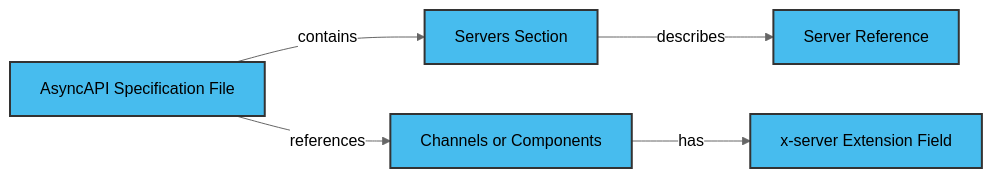
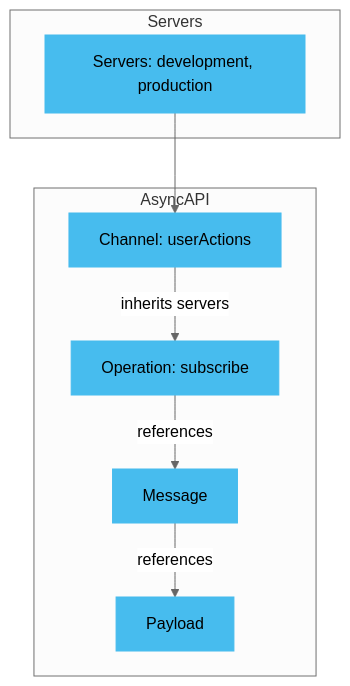
The diagram in pages/docs/concepts/asyncapi-document/add-server.md (asyncapi/website), drawn with Mermaid (neutral theme) before and after one commit. The commit also changed other lines of this file and 1 other file, not shown here.

````diff
--- a/pages/docs/concepts/asyncapi-document/add-server.md
+++ b/pages/docs/concepts/asyncapi-document/add-server.md
@@ -12,19 +10,25 @@
 ```mermaid
-graph LR
-style A fill:#47BCEE, stroke:#333, stroke-width:2px;
-style E fill:#47BCEE, stroke:#333, stroke-width:2px;
-style C fill:#47BCEE, stroke:#333, stroke-width:2px;
-style D fill:#47BCEE, stroke:#333, stroke-width:2px;
-style B fill:#47BCEE, stroke:#333, stroke-width:2px;
+graph TD
+  subgraph AsyncAPI
+    A[Channel: userActions]
+    B[Operation: subscribe]
+    C[Message]
+    D[Payload]
+  end
 
-A[AsyncAPI Specification File]
-B[Servers Section]
-C[Server Reference]
-D[Channels or Components]
-E[x-server Extension Field]
+  subgraph Servers
+    SA[Servers: development, production]
+  end
 
-A -->|contains| B
-A -->|references| D
-B -->|describes| C
-D -->|has| E
+style A fill:#47BCEE,stroke:#47BCEE;
+style B fill:#47BCEE,stroke:#47BCEE;
+style C fill:#47BCEE,stroke:#47BCEE;
+style SA fill:#47BCEE,stroke:#47BCEE;
+style D fill:#47BCEE,stroke:#47BCEE;
+
+  SA --> A
+
+  A -->|inherits servers| B
+  B -->|references| C
+  C -->|references| D
 ```
````
